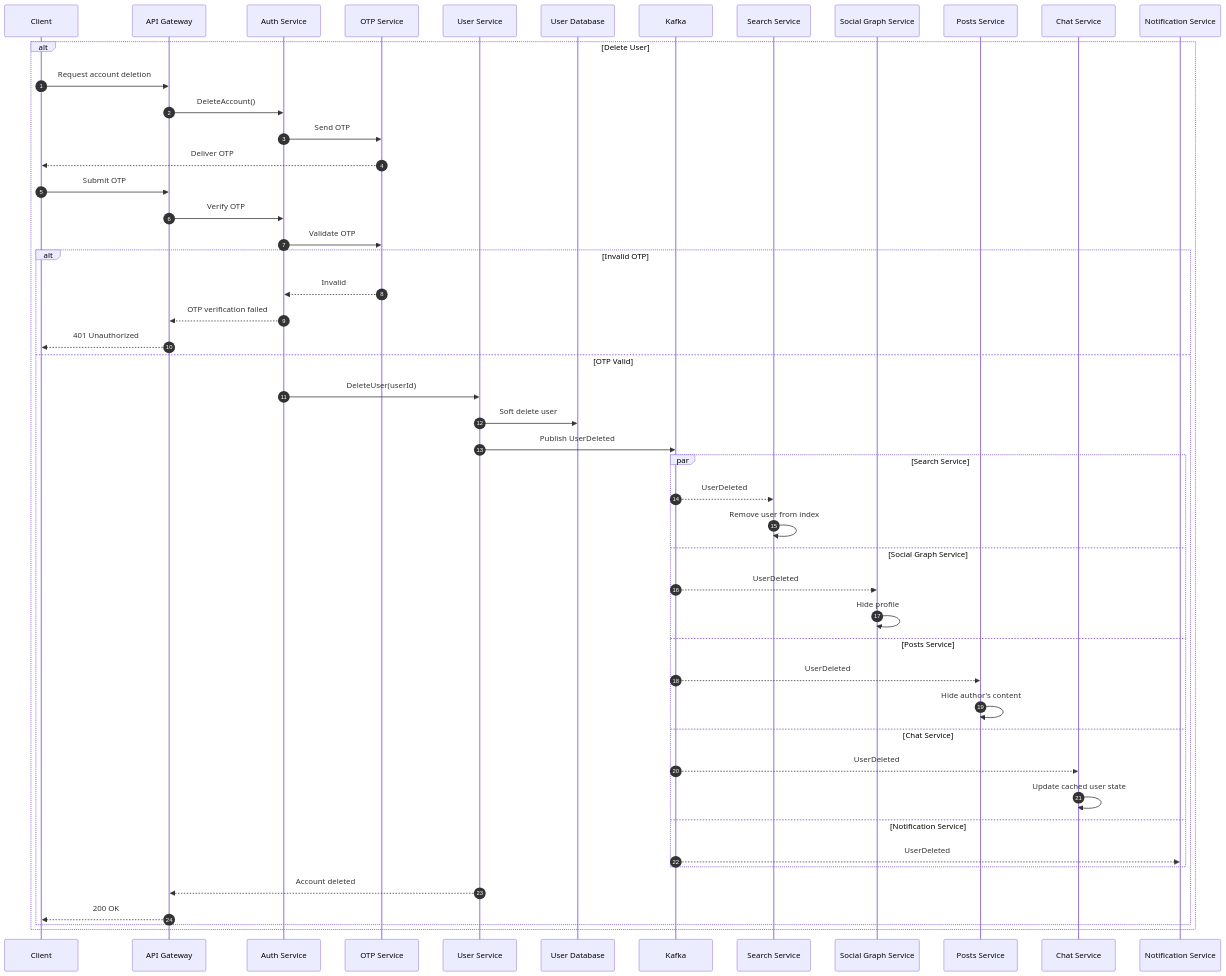
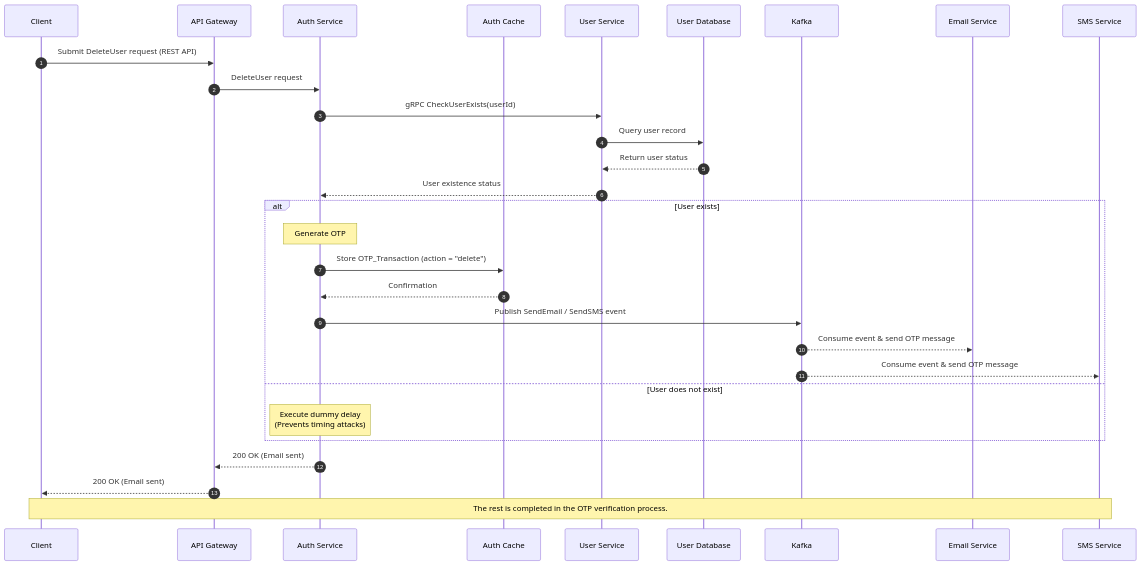
The diagram in docs/workflows/user flows/user_deletion.md (TheAmgadX/moltaqa-backend), drawn with Mermaid before and after one commit. The commit also changed 13 other files, not shown here.

Commit message:
update(user-service): update the grpc apis, the sequence diagrams and the user-service to follow the new update in the system design and the flow of the user creation process.

````diff
--- a/docs/workflows/user flows/user_deletion.md
+++ b/docs/workflows/user flows/user_deletion.md
@@ -3,65 +3,44 @@
 ```mermaid
 sequenceDiagram
     autonumber
 
     participant Client
     participant Gateway as API Gateway
     participant Auth as Auth Service
-    participant OTP as OTP Service
+    participant AuthCache as Auth Cache
     participant User as User Service
     participant UserDB as User Database
     participant Kafka
-    participant Search as Search Service
-    participant Social as Social Graph Service
-    participant Posts as Posts Service
-    participant Chat as Chat Service
-    participant Notification as Notification Service
+    participant Email as Email Service
+    participant SMS as SMS Service
 
-    alt Delete User
+    %% --- DELETE USER REQUEST ---
+    Client->>Gateway: Submit DeleteUser request (REST API)
+    Gateway->>Auth: DeleteUser request
 
-        Client->>Gateway: Request account deletion
-        Gateway->>Auth: DeleteAccount()
+    %% --- USER EXISTENCE CHECK ---
+    Auth->>User: gRPC CheckUserExists(userId)
+    User->>UserDB: Query user record
+    UserDB-->>User: Return user status
+    User-->>Auth: User existence status
 
-        Auth->>OTP: Send OTP
-        OTP-->>Client: Deliver OTP
+    alt User exists
+        Note over Auth: Generate OTP
 
-        Client->>Gateway: Submit OTP
-        Gateway->>Auth: Verify OTP
+        Auth->>AuthCache: Store OTP_Transaction (action = "delete")
+        AuthCache-->>Auth: Confirmation
 
-        Auth->>OTP: Validate OTP
+        Auth->>Kafka: Publish SendEmail / SendSMS event
+        Kafka-->>Email: Consume event & send OTP message
+        Kafka-->>SMS: Consume event & send OTP message
 
-        alt Invalid OTP
-            OTP-->>Auth: Invalid
-            Auth-->>Gateway: OTP verification failed
-            Gateway-->>Client: 401 Unauthorized
+    else User does not exist
+        Note over Auth: Execute dummy delay<br/>(Prevents timing attacks)
+    end
 
-        else OTP Valid
+    %% --- UNIFORM RESPONSE ---
+    Auth-->>Gateway: 200 OK (Email sent)
+    Gateway-->>Client: 200 OK (Email sent)
 
-            Auth->>User: DeleteUser(userId)
-
-            User->>UserDB: Soft delete user
-
-            User->>Kafka: Publish UserDeleted
-
-            par Search Service
-                Kafka-->>Search: UserDeleted
-                Search->>Search: Remove user from index
-            and Social Graph Service
-                Kafka-->>Social: UserDeleted
-                Social->>Social: Hide profile
-            and Posts Service
-                Kafka-->>Posts: UserDeleted
-                Posts->>Posts: Hide author's content
-            and Chat Service
-                Kafka-->>Chat: UserDeleted
-                Chat->>Chat: Update cached user state
-            and Notification Service
-                Kafka-->>Notification: UserDeleted
-            end
-
-            User-->>Gateway: Account deleted
-            Gateway-->>Client: 200 OK
-        end
-
-    end
+    Note over Client, SMS: The rest is completed in the OTP verification process.
 ```
````
